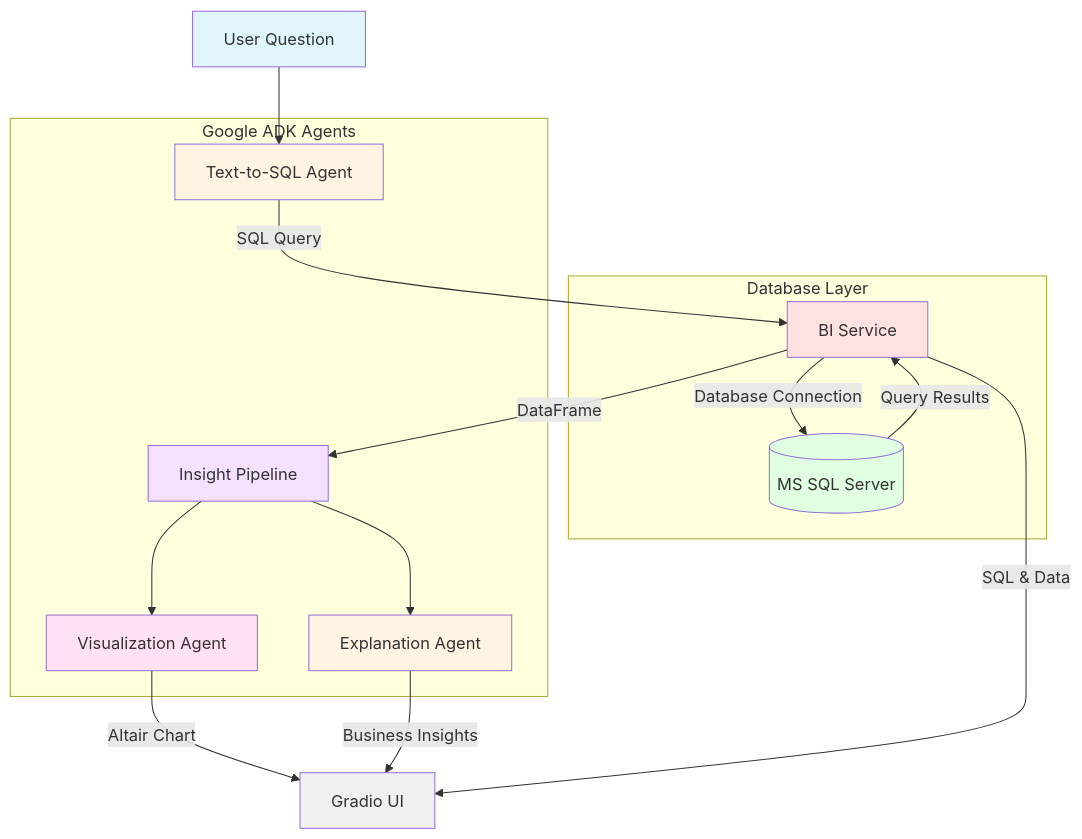
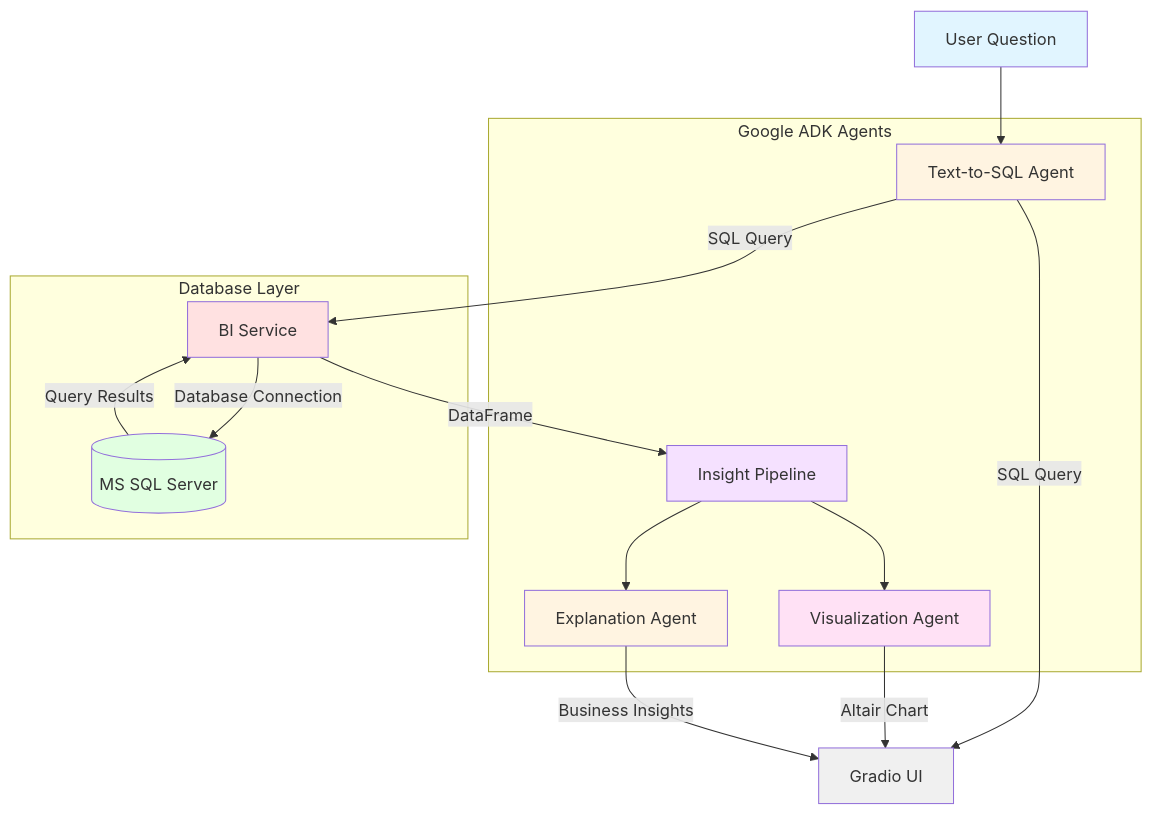
The diagram in README.md (kirenz/gradio-adk-agent), drawn with Mermaid before and after one commit.

Commit message:
Updated mermaid

````diff
--- a/README.md
+++ b/README.md
@@ -14,34 +14,34 @@
 ```mermaid
 graph TB
     A[User Question] --> B[Text-to-SQL Agent]
     B -->|SQL Query| C[BI Service]
+    B -->|SQL Query| H[Gradio UI]
     C -->|Database Connection| D[(MS SQL Server)]
     D -->|Query Results| C
     C -->|DataFrame| E[Insight Pipeline]
     E --> F[Visualization Agent]
     E --> G[Explanation Agent]
-    F -->|Altair Chart| H[Gradio UI]
+    F -->|Altair Chart| H
     G -->|Business Insights| H
-    C -->|SQL & Data| H
 
     style A fill:#e1f5ff
     style B fill:#fff4e1
     style C fill:#ffe1e1
     style D fill:#e1ffe1
     style E fill:#f5e1ff
     style F fill:#ffe1f5
     style G fill:#fff4e1
     style H fill:#f0f0f0
 
     subgraph "Google ADK Agents"
         B
         E
         F
         G
     end
 
     subgraph "Database Layer"
         C
         D
     end
 ```
````
